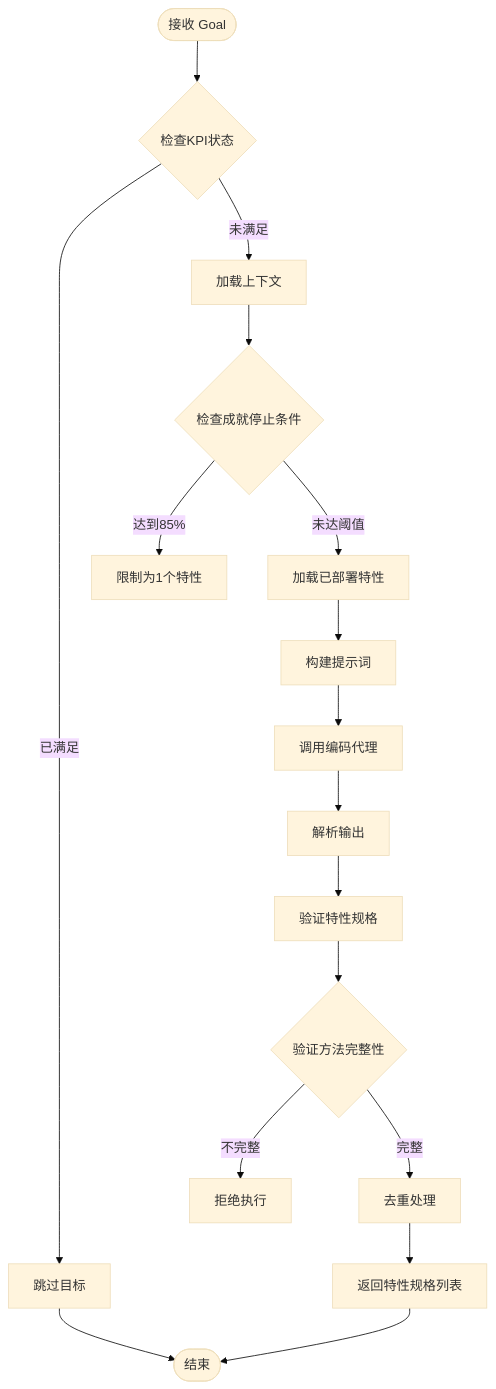
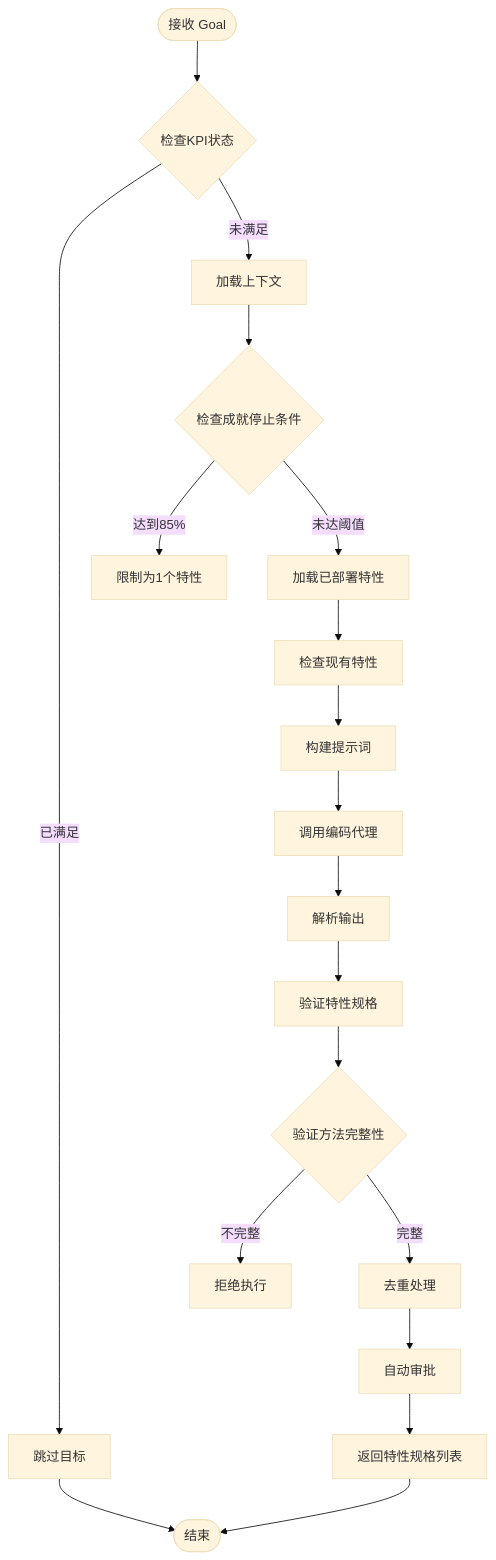
One commit to pinsonchen/vivify changed the third of 17 diagrams in .qoder/repowiki/zh/content/技术实现参考/评估文档套件.md. Above: the diagram before and after it, drawn with Mermaid (base theme). The commit also changed other lines of this file and 22 other files, not shown here.

````diff
--- a/.qoder/repowiki/zh/content/技术实现参考/评估文档套件.md
+++ b/.qoder/repowiki/zh/content/技术实现参考/评估文档套件.md
@@ -148,19 +161,21 @@
 ```mermaid
 flowchart TD
 Start([接收 Goal]) --> CheckKPI{检查KPI状态}
 CheckKPI --> |已满足| Skip[跳过目标]
 CheckKPI --> |未满足| LoadContext[加载上下文]
 LoadContext --> CheckAchievement{检查成就停止条件}
 CheckAchievement --> |达到85%| LimitFeatures[限制为1个特性]
 CheckAchievement --> |未达阈值| LoadDeployed[加载已部署特性]
-LoadDeployed --> BuildPrompt[构建提示词]
+LoadDeployed --> CheckExisting[检查现有特性]
+CheckExisting --> BuildPrompt[构建提示词]
 BuildPrompt --> CallAgent[调用编码代理]
 CallAgent --> ParseOutput[解析输出]
 ParseOutput --> ValidateSpecs[验证特性规格]
 ValidateSpecs --> CheckVerificationMethod{验证方法完整性}
 CheckVerificationMethod --> |不完整| Reject[拒绝执行]
 CheckVerificationMethod --> |完整| Deduplicate[去重处理]
-Deduplicate --> ReturnSpecs[返回特性规格列表]
+Deduplicate --> AutoApprove[自动审批]
+AutoApprove --> ReturnSpecs[返回特性规格列表]
 Skip --> End([结束])
 ReturnSpecs --> End
 ```
````
